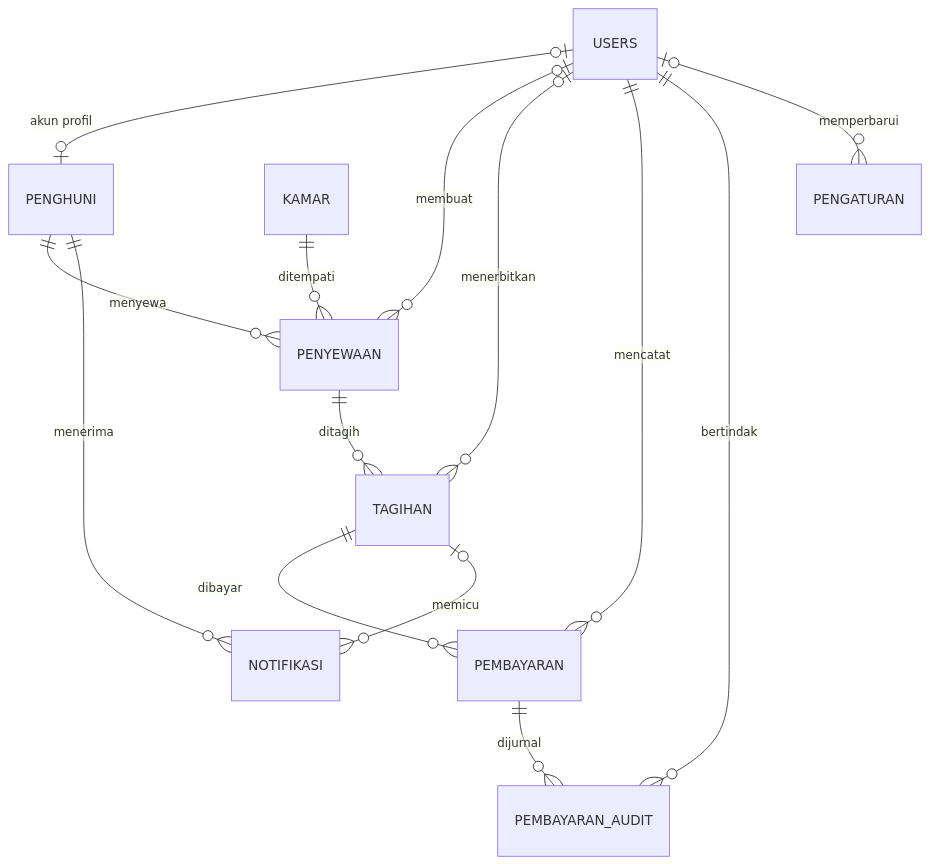
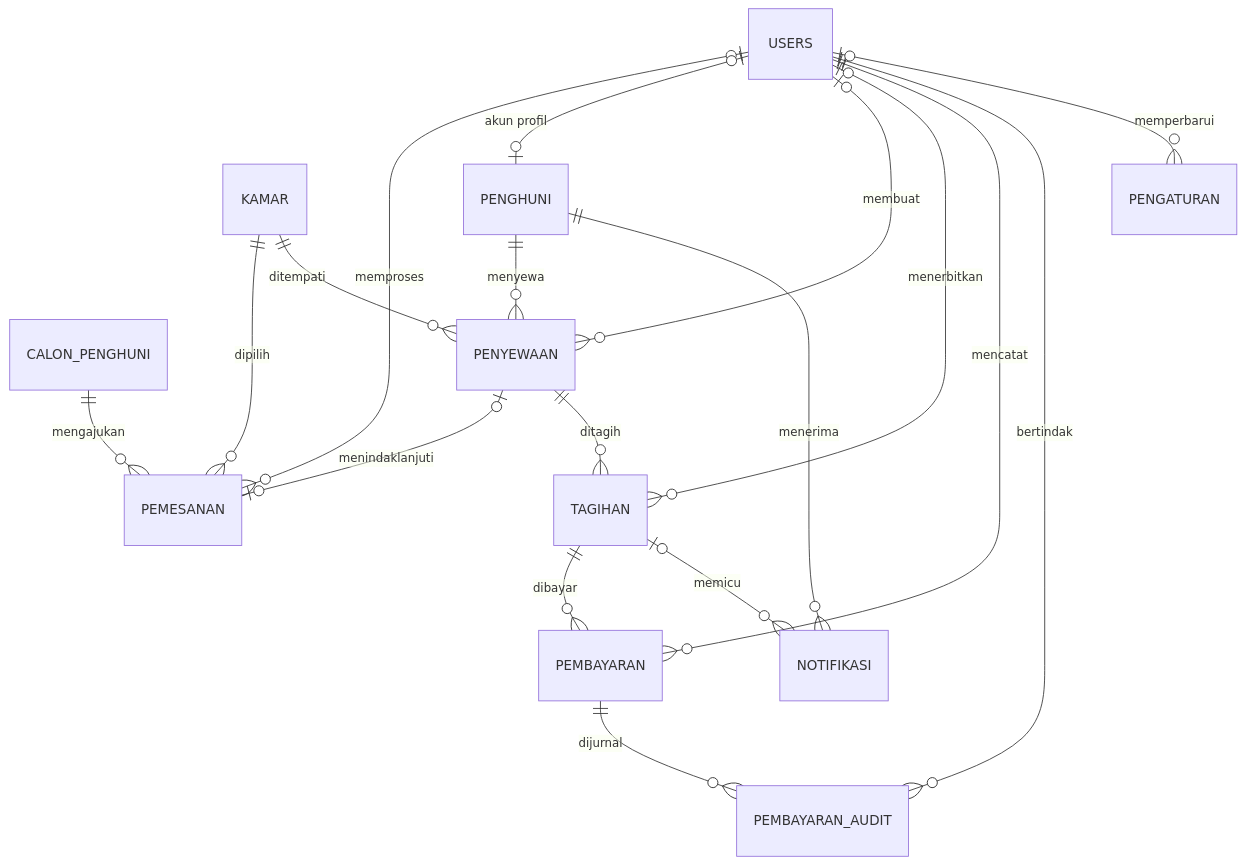
The diagram in kos-aron/docs/10-struktur-dan-erd.md (fuadzhrn/kos), drawn with Mermaid before and after one commit. The commit also changed other lines of this file and 28 other files, not shown here.

Commit message:
Integrasikan registrasi dan pemesanan kamar hingga aktivasi penyewaan

````diff
--- a/kos-aron/docs/10-struktur-dan-erd.md
+++ b/kos-aron/docs/10-struktur-dan-erd.md
@@ -16,16 +16,20 @@
 ```mermaid
 erDiagram
+    CALON_PENGHUNI ||--o{ PEMESANAN : mengajukan
+    KAMAR ||--o{ PEMESANAN : dipilih
+    USERS o|--o{ PEMESANAN : memproses
+    PENYEWAAN o|--o| PEMESANAN : menindaklanjuti
     USERS o|--o| PENGHUNI : "akun profil"
     PENGHUNI ||--o{ PENYEWAAN : menyewa
     KAMAR ||--o{ PENYEWAAN : ditempati
     USERS o|--o{ PENYEWAAN : membuat
     PENYEWAAN ||--o{ TAGIHAN : ditagih
     USERS o|--o{ TAGIHAN : menerbitkan
     TAGIHAN ||--o{ PEMBAYARAN : dibayar
     USERS ||--o{ PEMBAYARAN : mencatat
     PEMBAYARAN ||--o{ PEMBAYARAN_AUDIT : dijurnal
     USERS ||--o{ PEMBAYARAN_AUDIT : bertindak
     PENGHUNI ||--o{ NOTIFIKASI : menerima
     TAGIHAN o|--o{ NOTIFIKASI : memicu
     USERS o|--o{ PENGATURAN : memperbarui
 ```
````
